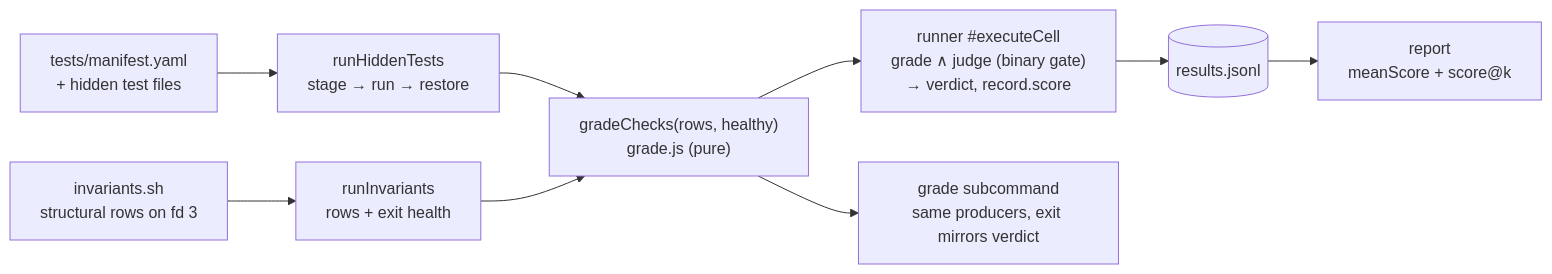
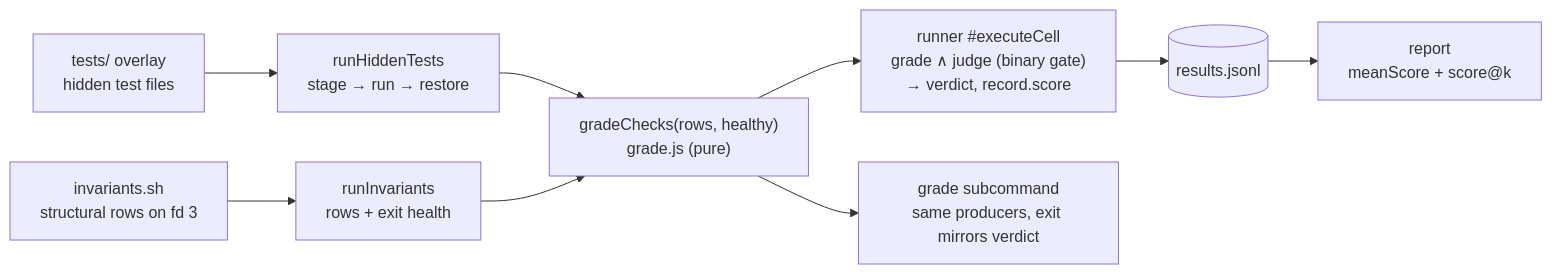
One commit to forwardimpact/monorepo changed the diagram in specs/2240-scored-benchmark-tasks/design-a.md. Above: the diagram before and after it, drawn with Mermaid. The commit also changed other lines of this file and 2 other files, not shown here.

First line of the commit message:
Spec 2240: hidden suites by convention, no manifest

````diff
--- a/specs/2240-scored-benchmark-tasks/design-a.md
+++ b/specs/2240-scored-benchmark-tasks/design-a.md
@@ -14,9 +14,9 @@
 ```mermaid
 flowchart LR
-  TS["tests/manifest.yaml<br/>+ hidden test files"] --> HT["runHiddenTests<br/>stage → run → restore"]
+  TS["tests/ overlay<br/>hidden test files"] --> HT["runHiddenTests<br/>stage → run → restore"]
   INV["invariants.sh<br/>structural rows on fd 3"] --> RI["runInvariants<br/>rows + exit health"]
   HT & RI --> GR["gradeChecks(rows, healthy)<br/>grade.js (pure)"]
   GR --> RUN["runner #executeCell<br/>grade ∧ judge (binary gate)<br/>→ verdict, record.score"]
   RUN --> LEDGER[(results.jsonl)] --> REP["report<br/>meanScore + score@k"]
   GR --> CMD["grade subcommand<br/>same producers, exit mirrors verdict"]
 ```
````
